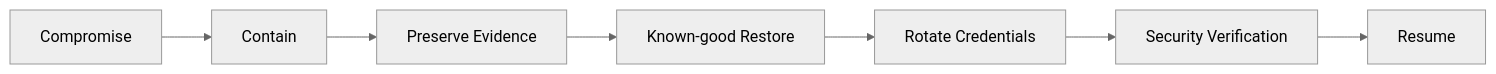
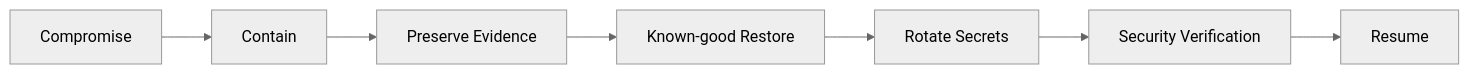
The second of 2 diagrams in docs/data/backup.md (D-engahmed/OMILINKS), drawn with Mermaid (neutral theme) before and after one commit. The commit also changed other lines of this file and 3 other files, not shown here.

```diff
--- a/docs/data/backup.md
+++ b/docs/data/backup.md
@@ -106,9 +92,9 @@
 ~~~mermaid
 flowchart LR
 INCIDENT[Compromise] --> CONTAIN[Contain]
-CONTAIN --> SNAPSHOT[Preserve Evidence]
-SNAPSHOT --> CLEAN[Known-good Restore]
-CLEAN --> ROTATE[Rotate Credentials]
+CONTAIN --> EVIDENCE[Preserve Evidence]
+EVIDENCE --> RESTORE[Known-good Restore]
+RESTORE --> ROTATE[Rotate Secrets]
 ROTATE --> VERIFY[Security Verification]
 VERIFY --> RECOVER[Resume]
 ~~~
```
